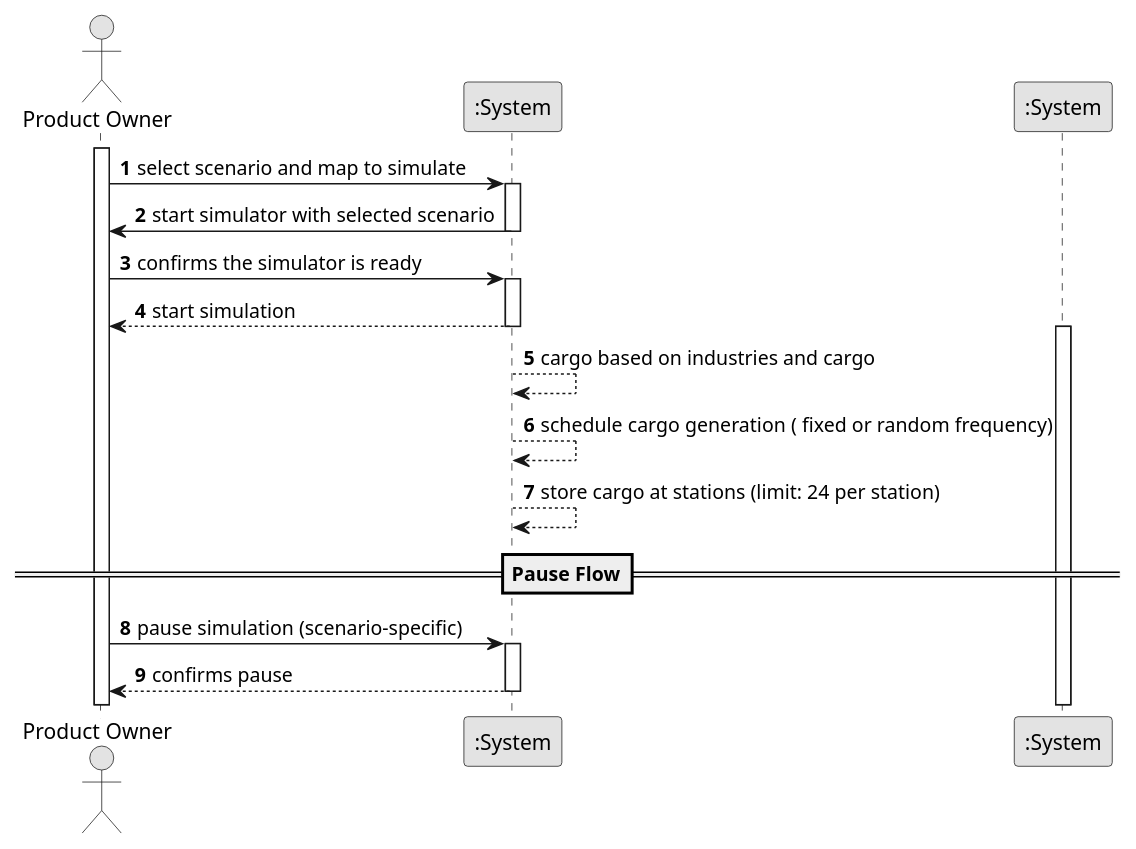
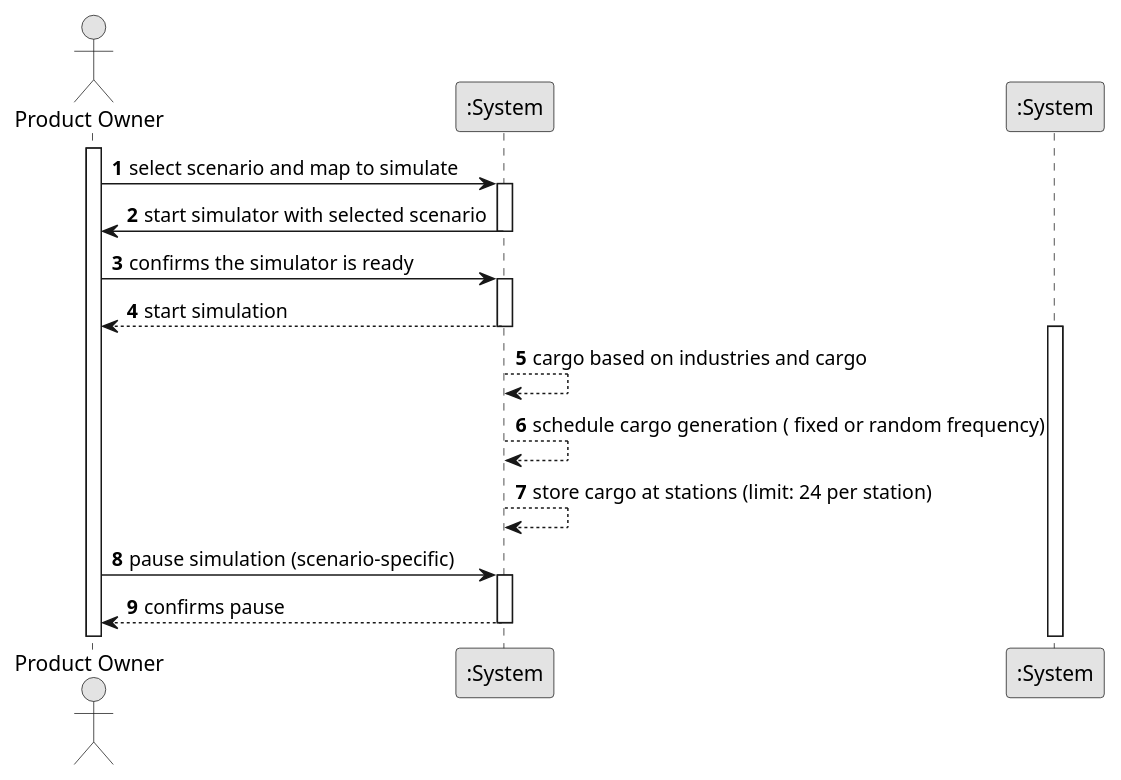
The diagram in Sprint2/US12/01.requirements-engineering.us12/puml/us12Diagram.puml (Andremonteiro1240850/railway_simulator), drawn with PlantUML before and after one commit. The commit also changed 22 other files, not shown here.

```diff
--- a/Sprint2/US12/01.requirements-engineering.us12/puml/us12Diagram.puml
+++ b/Sprint2/US12/01.requirements-engineering.us12/puml/us12Diagram.puml
@@ -1,39 +1,39 @@
 @startuml
 skinparam monochrome true
 skinparam packageStyle rectangle
 skinparam shadowing false
 
 autonumber
 
 actor "Product Owner" as PO
 participant ":System" as System
 
 activate PO
 
     PO -> System : select scenario and map to simulate
         activate System
 
     System -> PO :  start simulator with selected scenario
     deactivate System
 
     PO -> System : confirms the simulator is ready
         activate System
 
     System --> PO : start simulation
         deactivate System
 
    activate ":System"
         System --> System : cargo based on industries and cargo
         System --> System : schedule cargo generation ( fixed or random frequency)
         System --> System : store cargo at stations (limit: 24 per station)
-   ==Pause Flow==
+
 
     PO -> System : pause simulation (scenario-specific)
         activate System
 
     System --> PO : confirms pause
         deactivate System
 
 
 
 @enduml
```
